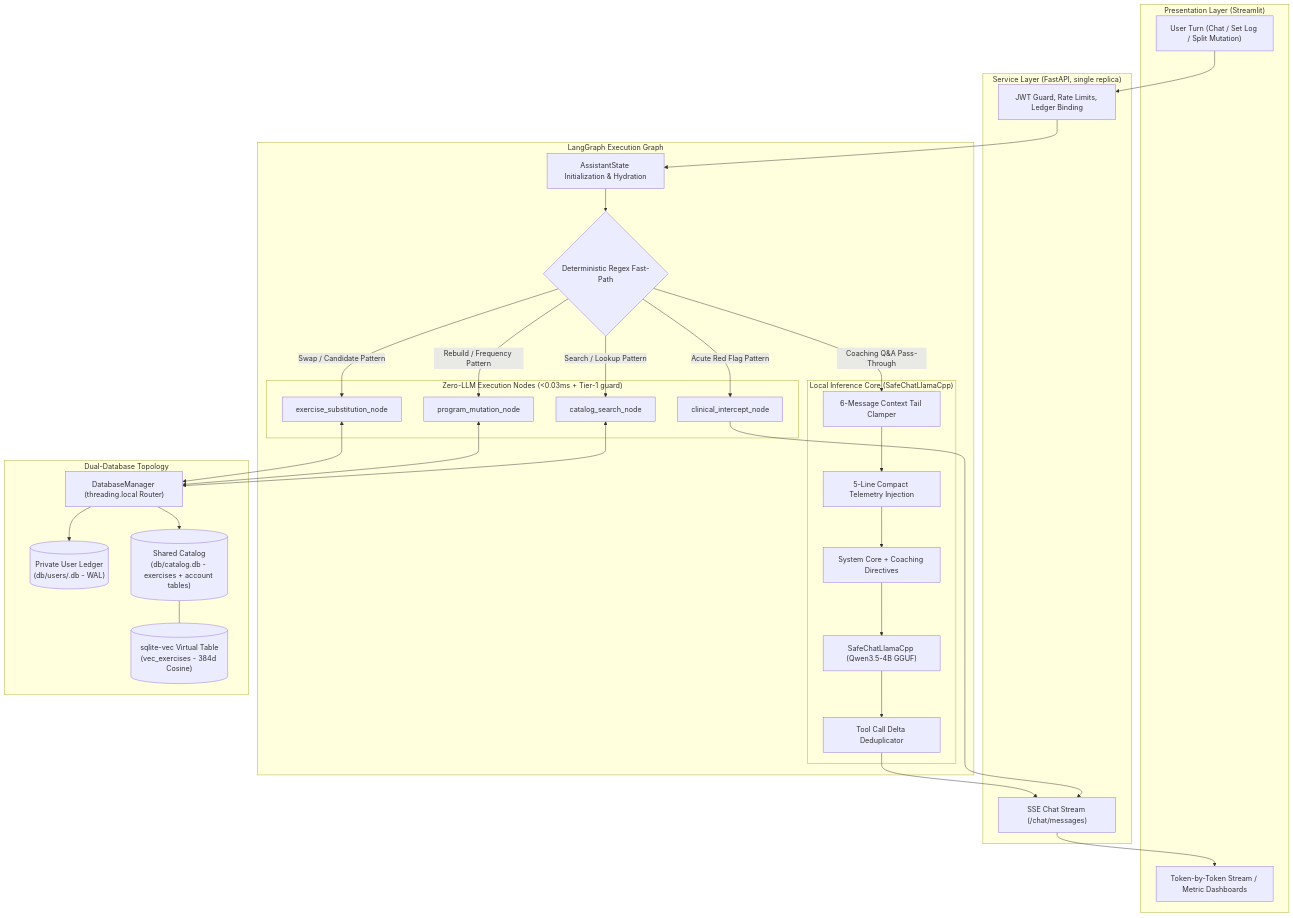
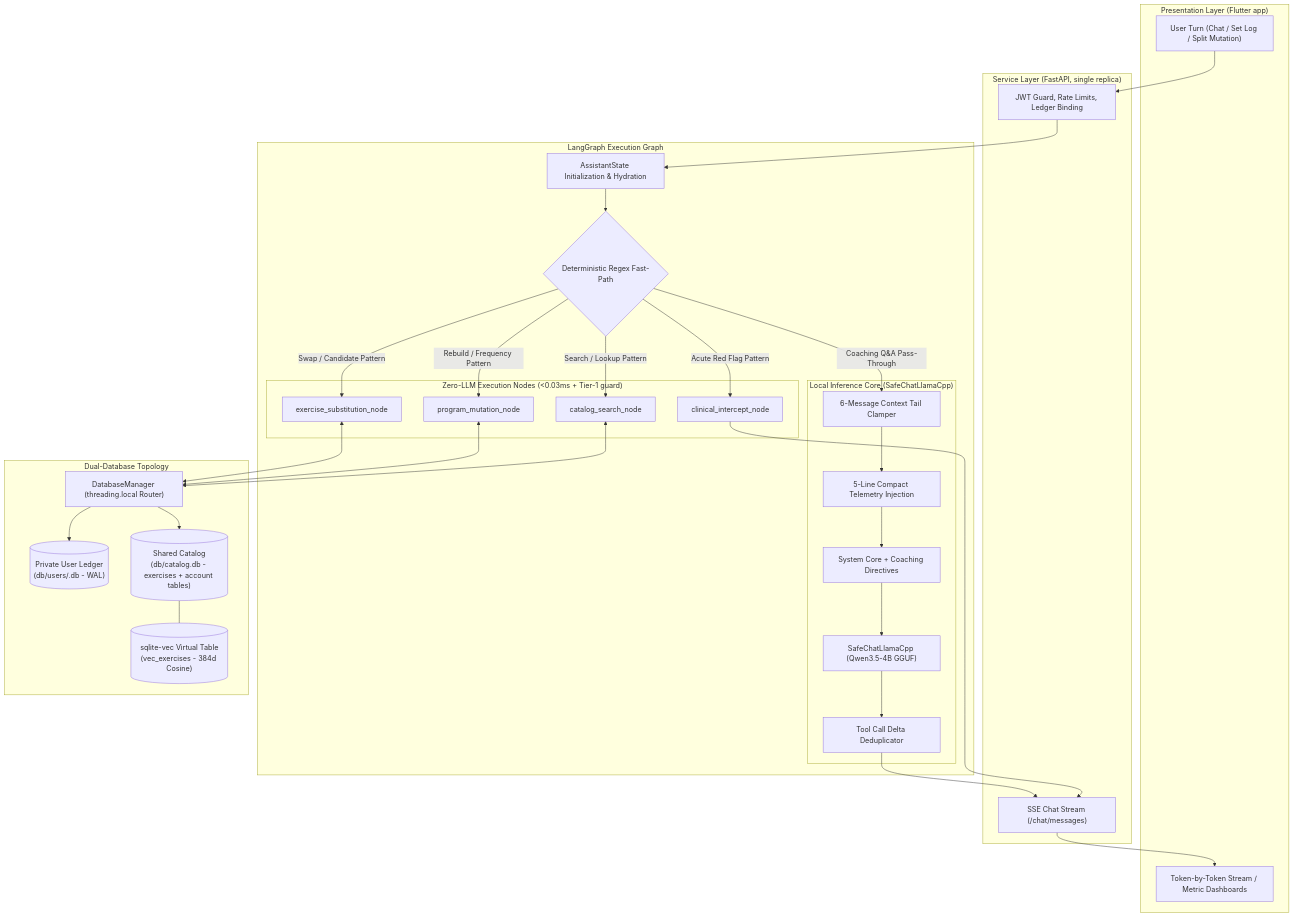
Before and after one commit to ahmedtvmer/MAYOS: the first of 8 diagrams in docs/ARCHITECTURE.md, drawn with Mermaid. The commit also changed other lines of this file and 13 other files, not shown here.

````diff
--- a/docs/ARCHITECTURE.md
+++ b/docs/ARCHITECTURE.md
@@ -11,70 +11,70 @@
 ```mermaid
 flowchart TD
-    subgraph UI_Layer ["Presentation Layer (Streamlit)"]
+    subgraph UI_Layer ["Presentation Layer (Flutter app)"]
         UI_Input["User Turn (Chat / Set Log / Split Mutation)"]
         UI_Render["Token-by-Token Stream / Metric Dashboards"]
     end
 
     subgraph Service_Layer ["Service Layer (FastAPI, single replica)"]
         API_Auth["JWT Guard, Rate Limits, Ledger Binding"]
         API_SSE["SSE Chat Stream (/chat/messages)"]
     end
 
     subgraph LangGraph_Engine ["LangGraph Execution Graph"]
         State_Init["AssistantState Initialization & Hydration"]
         Fast_Router{"Deterministic Regex Fast-Path"}
 
         subgraph Deterministic_Nodes ["Zero-LLM Execution Nodes (<0.03ms + Tier-1 guard)"]
             Node_Clinical["clinical_intercept_node"]
             Node_Sub["exercise_substitution_node"]
             Node_Mutation["program_mutation_node"]
             Node_Catalog["catalog_search_node"]
         end
 
         subgraph In_Process_LLM ["Local Inference Core (SafeChatLlamaCpp)"]
             Context_Clamper["6-Message Context Tail Clamper"]
             Telemetry_Hydrator["5-Line Compact Telemetry Injection"]
             Prompt_Assembler["System Core + Coaching Directives"]
             LLM_Stream["SafeChatLlamaCpp (Qwen3.5-4B GGUF)"]
             Chunk_Sanitizer["Tool Call Delta Deduplicator"]
         end
     end
 
     subgraph Storage_Layer ["Dual-Database Topology"]
         DBM["DatabaseManager (threading.local Router)"]
         User_WAL[("Private User Ledger\n(db/users/<id>.db - WAL)")]
         Catalog_Shared[("Shared Catalog\n(db/catalog.db - exercises + account tables)")]
         Vec_Index[("sqlite-vec Virtual Table\n(vec_exercises - 384d Cosine)")]
     end
 
     UI_Input --> API_Auth
     API_Auth --> State_Init
     State_Init --> Fast_Router
 
     %% Deterministic Fast Paths
     Fast_Router -- "Acute Red Flag Pattern" --> Node_Clinical
     Fast_Router -- "Swap / Candidate Pattern" --> Node_Sub
     Fast_Router -- "Rebuild / Frequency Pattern" --> Node_Mutation
     Fast_Router -- "Search / Lookup Pattern" --> Node_Catalog
 
     %% Non-Deterministic Coaching Path
     Fast_Router -- "Coaching Q&A Pass-Through" --> Context_Clamper
 
     Context_Clamper --> Telemetry_Hydrator
     Telemetry_Hydrator --> Prompt_Assembler
     Prompt_Assembler --> LLM_Stream
     LLM_Stream --> Chunk_Sanitizer
     Chunk_Sanitizer --> API_SSE
     API_SSE --> UI_Render
 
     %% Deterministic Node Storage Operations
     Node_Clinical --> API_SSE
     Node_Sub <--> DBM
     Node_Mutation <--> DBM
     Node_Catalog <--> DBM
 
     %% Database Routing
     DBM --> User_WAL
     DBM --> Catalog_Shared
     Catalog_Shared --- Vec_Index
 ```
````
